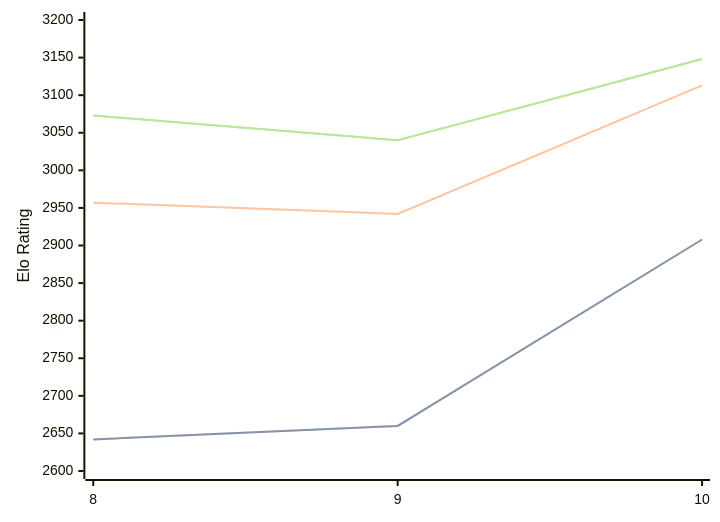
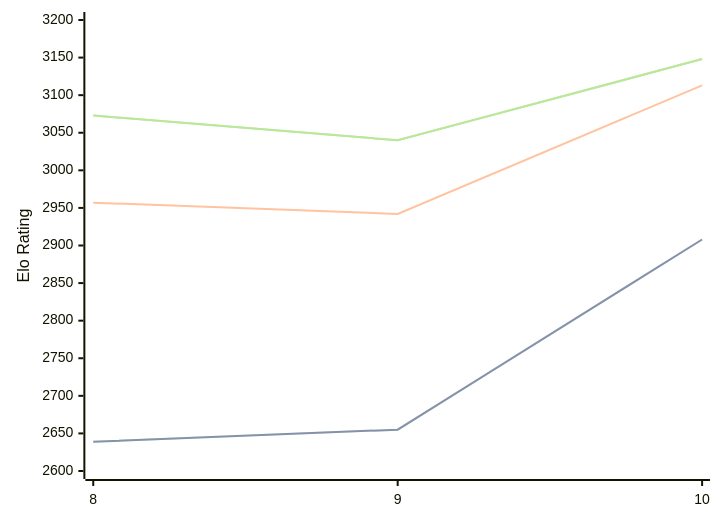
One commit to computer-chess-index/cci changed the diagram in engines/Lozza.md. Above: the diagram before and after it, drawn with Mermaid. The commit also changed other lines of this file, not shown here.

````diff
--- a/engines/Lozza.md
+++ b/engines/Lozza.md
@@ -38,11 +38,11 @@
 ```mermaid
 %%{init: {"theme":"base","themeVariables":{"seriesColors:['#a3a3a3','#222221','#faa371']}}}%%
 xychart-beta
   x-axis ["8", "9", "10"]
   y-axis "Elo Rating" 2600 --> 3200
-  line "STC (8.0+0.08s)" [2642, 2660, 2908]
-  line "STC (8.0+0.08s)" [2642, 2660, 2908]
+  line "STC (8.0+0.08s)" [2639, 2655, 2908]
+  line "STC (8.0+0.08s)" [2639, 2655, 2908]
   line "LTC (60.0+0.60s)" [2957, 2942, 3113]
   line "VLTC (2m24s+1.12s)" [3073, 3040, 3148]
   line "VLTC (2m24s+1.12s)" [3073, 3040, 3148]
 ```
````
